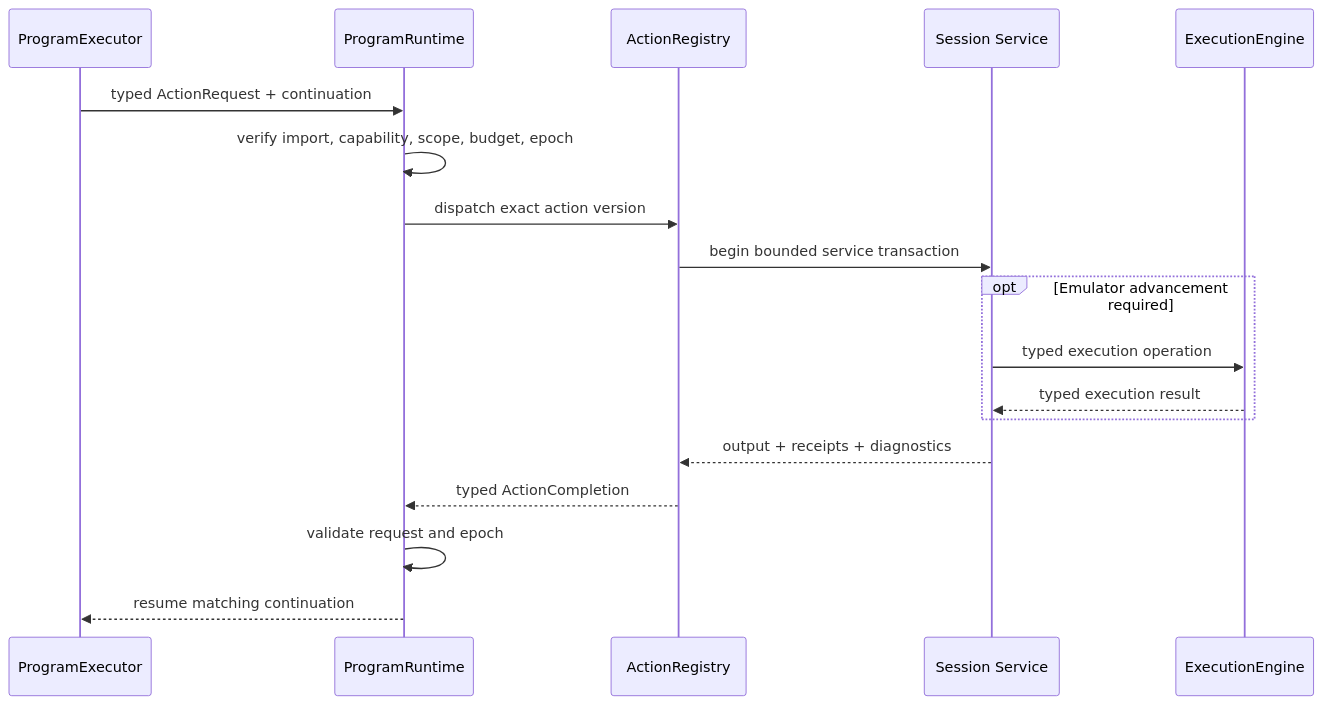
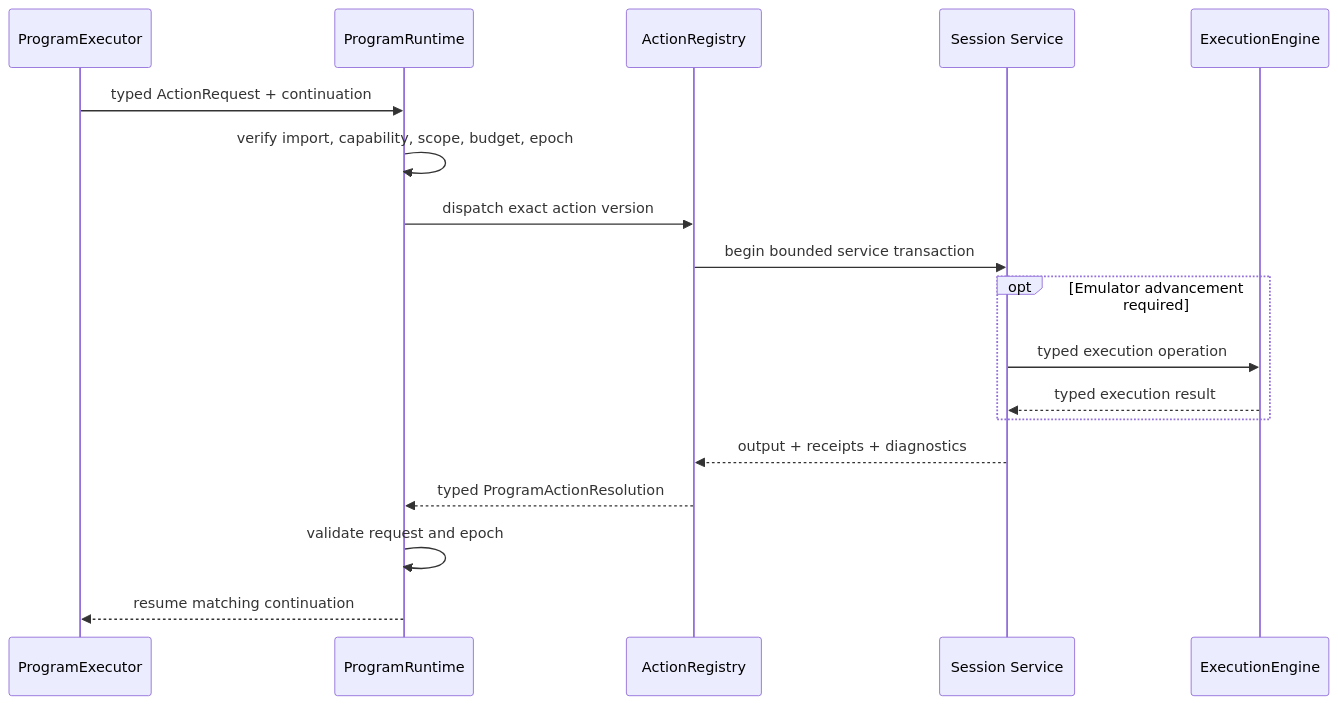
The diagram in planning/ExecutionRuntime/04-actions-effects-and-session-services.md (jahorta/SAVOR), drawn with Mermaid before and after one commit. The commit also changed other lines of this file and 243 other files, not shown here.

````diff
--- a/planning/ExecutionRuntime/04-actions-effects-and-session-services.md
+++ b/planning/ExecutionRuntime/04-actions-effects-and-session-services.md
@@ -108,21 +109,21 @@
 ```mermaid
 sequenceDiagram
     participant PE as ProgramExecutor
     participant PR as ProgramRuntime
     participant AR as ActionRegistry
     participant SS as Session Service
     participant EE as ExecutionEngine
 
     PE->>PR: typed ActionRequest + continuation
     PR->>PR: verify import, capability, scope, budget, epoch
     PR->>AR: dispatch exact action version
     AR->>SS: begin bounded service transaction
     opt Emulator advancement required
         SS->>EE: typed execution operation
         EE-->>SS: typed execution result
     end
     SS-->>AR: output + receipts + diagnostics
-    AR-->>PR: typed ActionCompletion
+    AR-->>PR: typed ProgramActionResolution
     PR->>PR: validate request and epoch
     PR-->>PE: resume matching continuation
 ```
````
